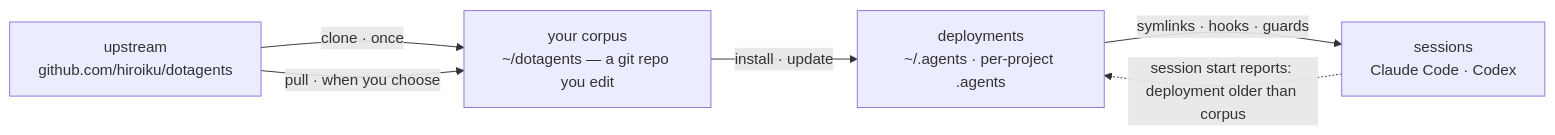
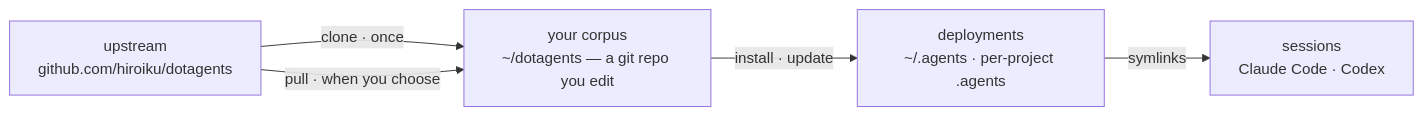
One commit to hiroiku/dotagents changed the diagram in README.md. Above: the diagram before and after it, drawn with Mermaid. The commit also changed other lines of this file and 25 other files, not shown here.

````diff
--- a/README.md
+++ b/README.md
@@ -18,12 +18,11 @@
 ```mermaid
 flowchart LR
     UP["upstream<br>github.com/hiroiku/dotagents"]
     C["your corpus<br>~/dotagents — a git repo you edit"]
     A["deployments<br>~/.agents · per-project .agents"]
     S["sessions<br>Claude Code · Codex"]
     UP -->|"clone · once"| C
     UP -->|"pull · when you choose"| C
     C -->|"install · update"| A
-    A -->|"symlinks · hooks · guards"| S
-    S -.->|"session start reports: deployment older than corpus"| A
+    A -->|"symlinks"| S
 ```
````
